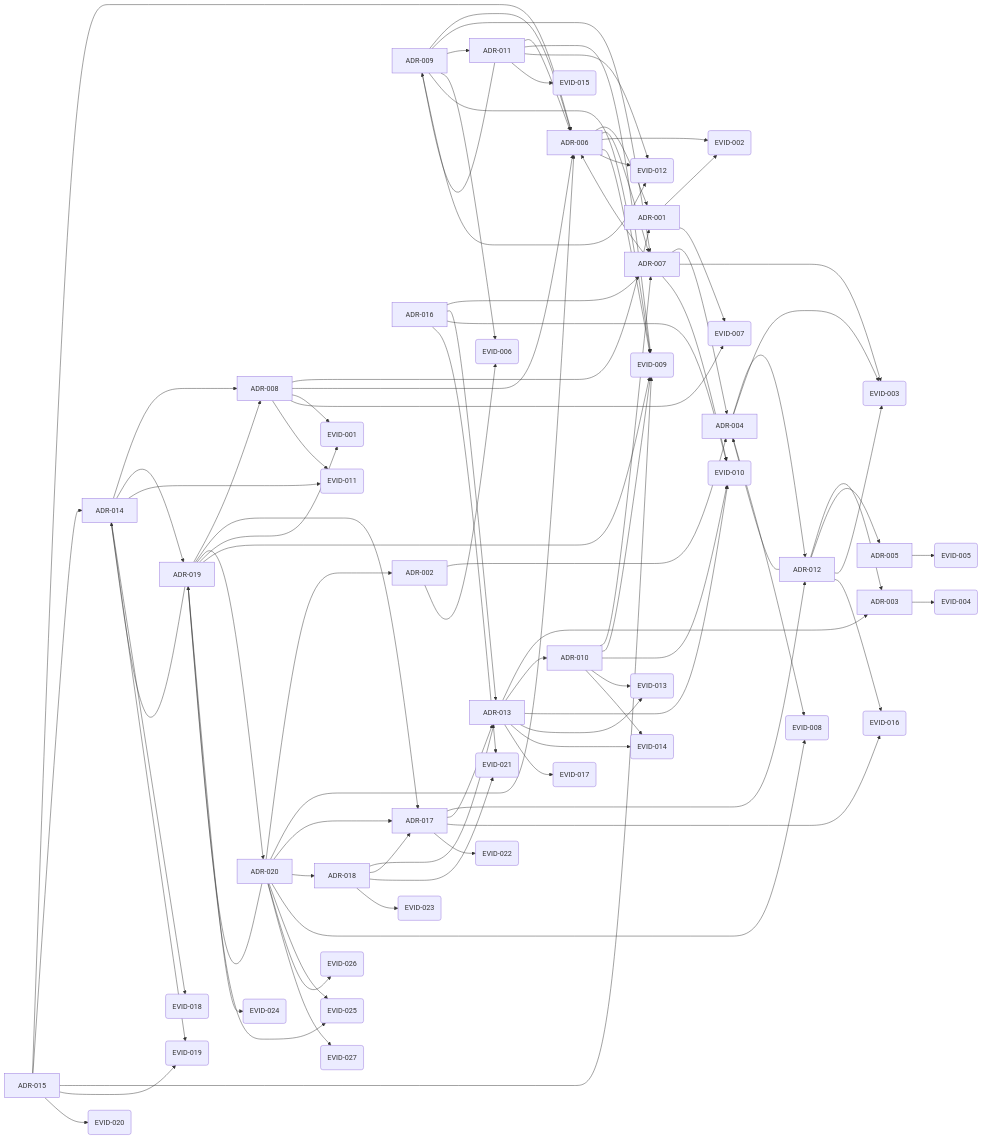
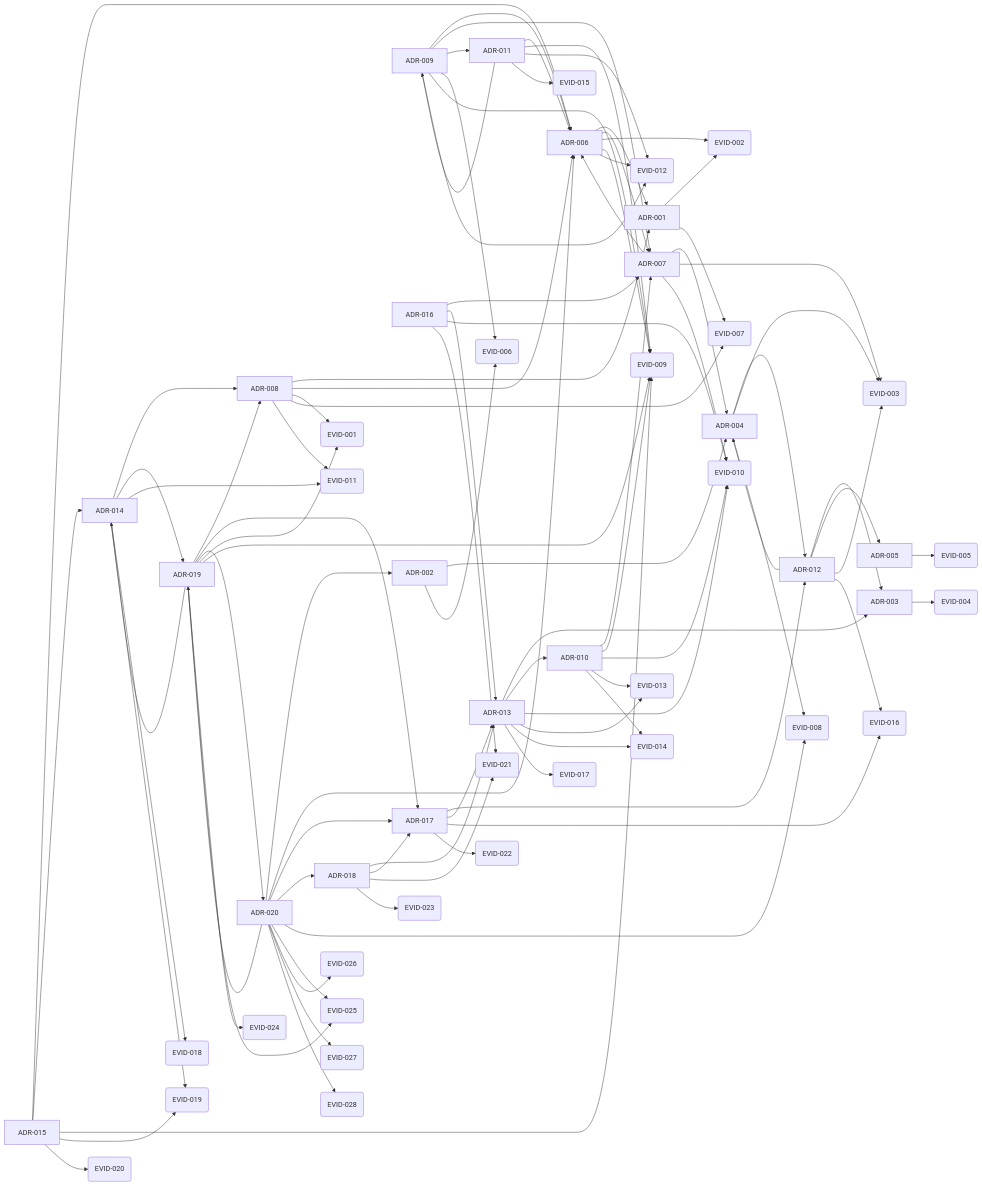
Before and after one commit to TeramachiShunsuke/aidd: the diagram in GRAPH.md, drawn with Mermaid. The commit also changed other lines of this file and 13 other files, not shown here.

````diff
--- a/GRAPH.md
+++ b/GRAPH.md
@@ -81,6 +81,7 @@
   EVID_025(EVID-025)
   EVID_026(EVID-026)
   EVID_027(EVID-027)
+  EVID_028(EVID-028)
   ADR_001 --> EVID_002
   ADR_001 --> EVID_007
   ADR_002 --> ADR_004
@@ -170,4 +171,5 @@
   ADR_020 --> EVID_025
   ADR_020 --> EVID_026
   ADR_020 --> EVID_027
+  ADR_020 --> EVID_028
 ```
````
